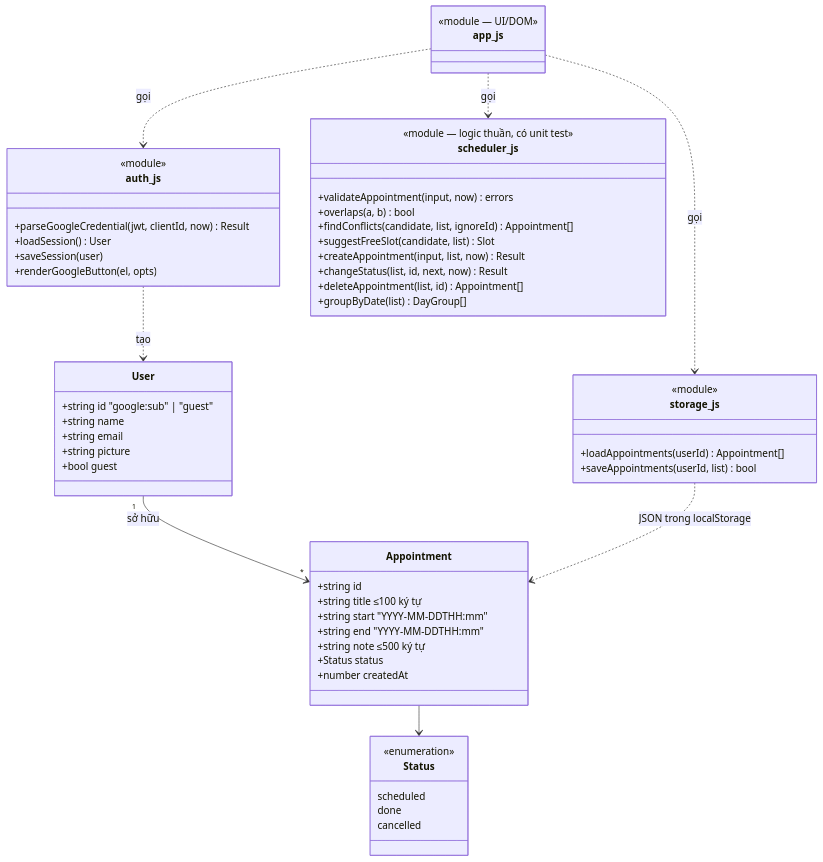
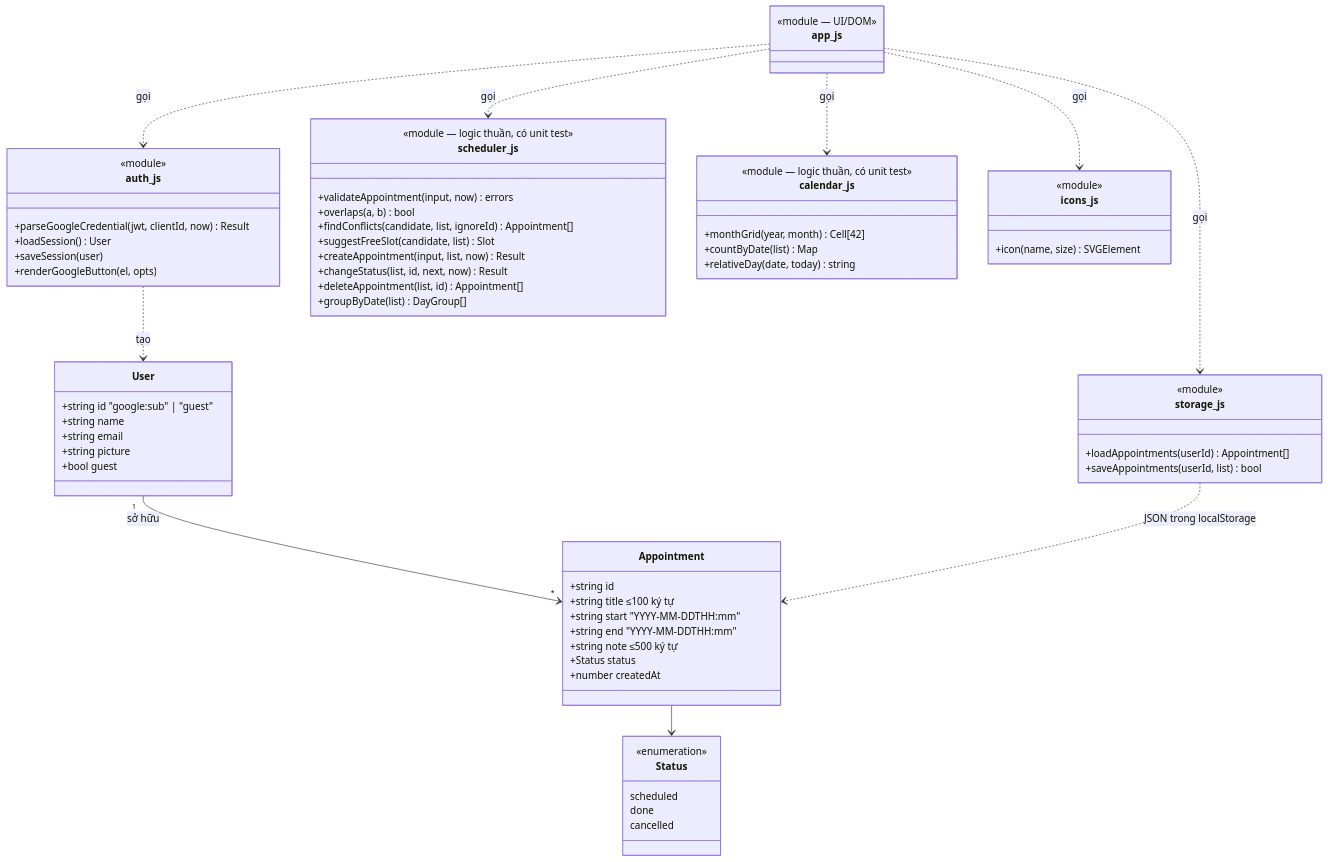
One commit to trucquynh0709/kits changed the second of 4 diagrams in docs/DESIGN.md. Above: the diagram before and after it, drawn with Mermaid. The commit also changed other lines of this file and 4 other files, not shown here.

Commit message:
docs: refresh use-case/class diagrams, CI badge, lessons learned

````diff
--- a/docs/DESIGN.md
+++ b/docs/DESIGN.md
@@ -62,58 +64,70 @@
 ```mermaid
 classDiagram
     class User {
         +string id  "google:sub" | "guest"
         +string name
         +string email
         +string picture
         +bool guest
     }
     class auth_js {
         <<module>>
         +parseGoogleCredential(jwt, clientId, now) Result
         +loadSession() User
         +saveSession(user)
         +renderGoogleButton(el, opts)
     }
     class Appointment {
         +string id
         +string title  ≤100 ký tự
         +string start  "YYYY-MM-DDTHH:mm"
         +string end    "YYYY-MM-DDTHH:mm"
         +string note   ≤500 ký tự
         +Status status
         +number createdAt
     }
     class Status {
         <<enumeration>>
         scheduled
         done
         cancelled
     }
     class scheduler_js {
         <<module — logic thuần, có unit test>>
         +validateAppointment(input, now) errors
         +overlaps(a, b) bool
         +findConflicts(candidate, list, ignoreId) Appointment[]
         +suggestFreeSlot(candidate, list) Slot
         +createAppointment(input, list, now) Result
         +changeStatus(list, id, next, now) Result
         +deleteAppointment(list, id) Appointment[]
         +groupByDate(list) DayGroup[]
     }
     class storage_js {
         <<module>>
         +loadAppointments(userId) Appointment[]
         +saveAppointments(userId, list) bool
     }
+    class calendar_js {
+        <<module — logic thuần, có unit test>>
+        +monthGrid(year, month) Cell[42]
+        +countByDate(list) Map
+        +relativeDay(date, today) string
+    }
+    class icons_js {
+        <<module>>
+        +icon(name, size) SVGElement
+    }
     class app_js {
         <<module — UI/DOM>>
     }
     User "1" --> "*" Appointment : sở hữu
     Appointment --> Status
     app_js ..> auth_js : gọi
+    app_js ..> calendar_js : gọi
+    app_js ..> icons_js : gọi
     auth_js ..> User : tạo
     app_js ..> scheduler_js : gọi
     app_js ..> storage_js : gọi
     storage_js ..> Appointment : JSON trong localStorage
 ```
````
